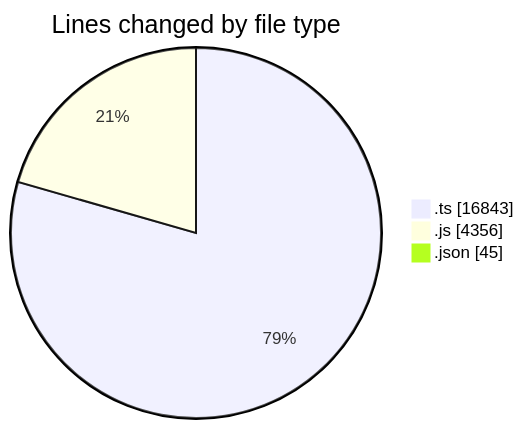
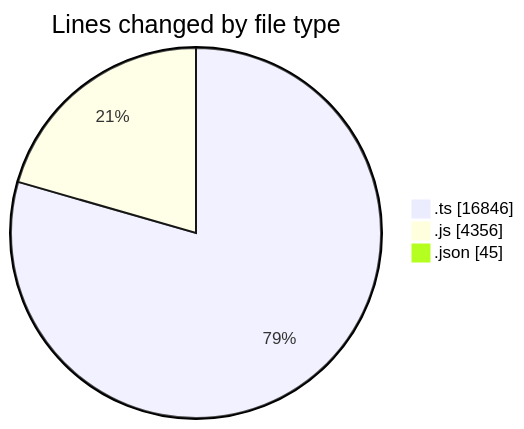
Before and after one commit to momahboobian/code-tracking: the first of 2 diagrams in 2025-07-29/cda/README.md, drawn with Mermaid. The commit also changed other lines of this file and 1 other file, not shown here.

````diff
--- a/2025-07-29/cda/README.md
+++ b/2025-07-29/cda/README.md
@@ -30,7 +30,7 @@
 ```mermaid
 pie showData
 title Lines changed by file type
-".ts" : 16843
+".ts" : 16846
 ".js" : 4356
 ".json" : 45
 ```
````
